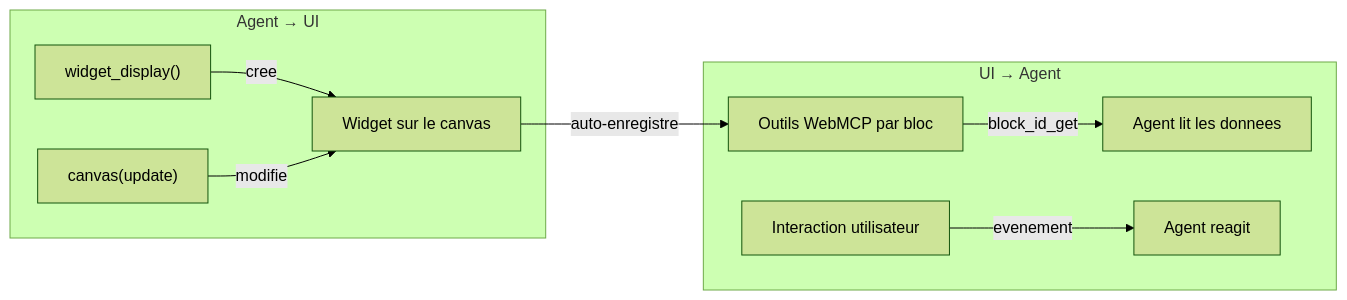
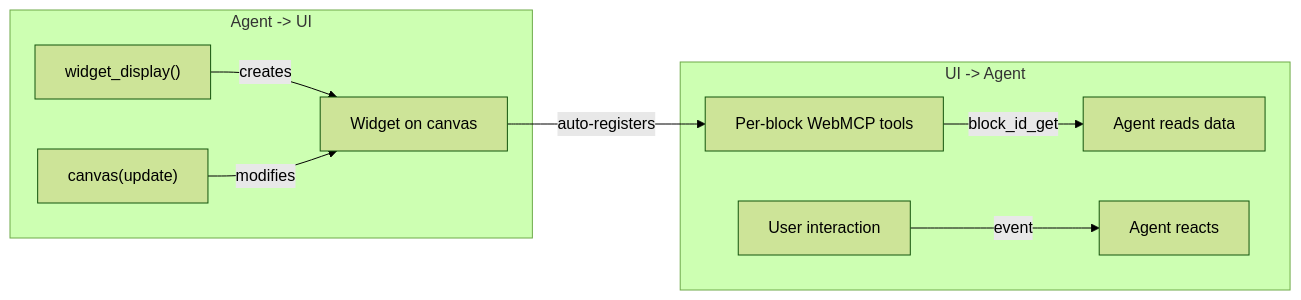
The second of 3 diagrams in docs/starlight/src/content/docs/concepts/widget-display.md (jeanbaptiste/webmcp-auto-ui), drawn with Mermaid (forest theme) before and after one commit. The commit also changed other lines of this file and 94 other files, not shown here.

````diff
--- a/docs/starlight/src/content/docs/concepts/widget-display.md
+++ b/docs/starlight/src/content/docs/concepts/widget-display.md
@@ -126,13 +126,13 @@
 ```mermaid
 graph LR
-    subgraph "Agent → UI"
-        A1["widget_display()"] -->|"cree"| W["Widget sur le canvas"]
-        A2["canvas(update)"] -->|"modifie"| W
+    subgraph "Agent -> UI"
+        A1["widget_display()"] -->|creates| W["Widget on canvas"]
+        A2["canvas(update)"] -->|modifies| W
     end
 
-    subgraph "UI → Agent"
-        W -->|"auto-enregistre"| T["Outils WebMCP par bloc"]
-        T -->|"block_id_get"| A3["Agent lit les donnees"]
-        I["Interaction utilisateur"] -->|"evenement"| A4["Agent reagit"]
+    subgraph "UI -> Agent"
+        W -->|auto-registers| T["Per-block WebMCP tools"]
+        T -->|block_id_get| A3["Agent reads data"]
+        I["User interaction"] -->|event| A4["Agent reacts"]
     end
 ```
````
